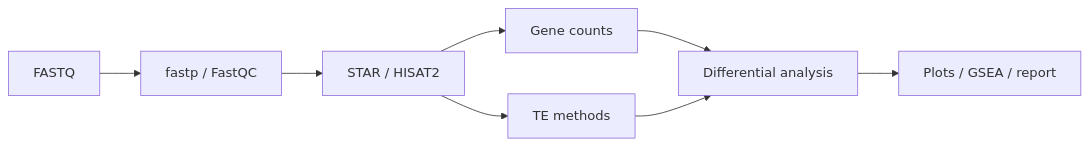
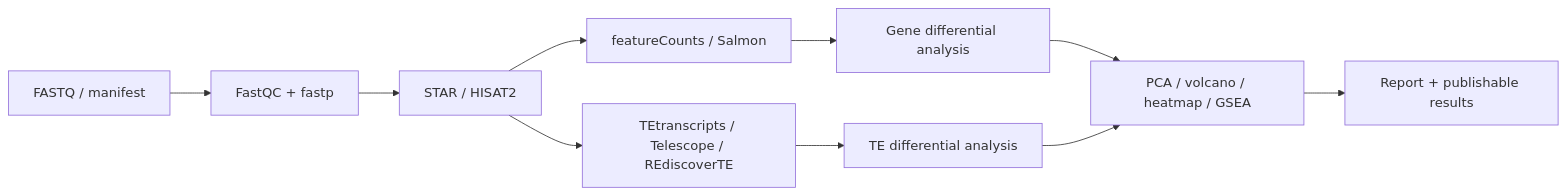
The diagram in docs/content/pipelines/rnaseq/index.md (quii490/Pipelines), drawn with Mermaid before and after one commit. The commit also changed other lines of this file and 95 other files, not shown here.

````diff
--- a/docs/content/pipelines/rnaseq/index.md
+++ b/docs/content/pipelines/rnaseq/index.md
@@ -11,10 +24,12 @@
 ```mermaid
 flowchart LR
-  A[FASTQ] --> B[fastp / FastQC]
-  B --> C[STAR / HISAT2]
-  C --> D[Gene counts]
-  C --> E[TE methods]
-  D --> F[Differential analysis]
-  E --> F
-  F --> G[Plots / GSEA / report]
+  A["FASTQ / manifest"] --> B["FastQC + fastp"]
+  B --> C["STAR / HISAT2"]
+  C --> D["featureCounts / Salmon"]
+  C --> E["TEtranscripts / Telescope / REdiscoverTE"]
+  D --> F["Gene differential analysis"]
+  E --> G["TE differential analysis"]
+  F --> H["PCA / volcano / heatmap / GSEA"]
+  G --> H
+  H --> I["Report + publishable results"]
 ```
````
